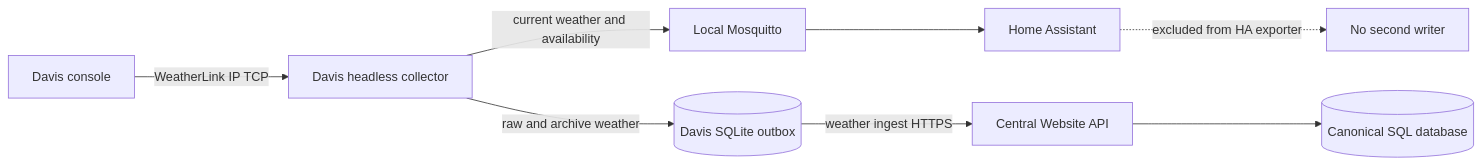
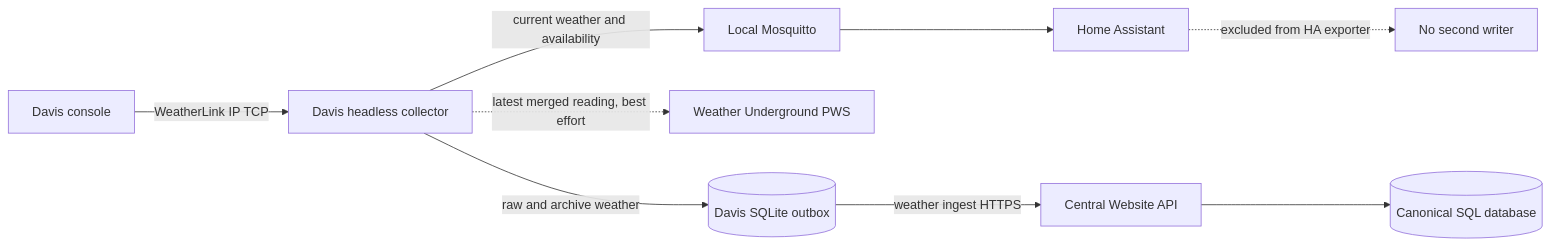
One commit to HualapaiValley/HVO.WebSite changed the second of 7 diagrams in docs/architecture/EDGE_DATA_FLOWS.md. Above: the diagram before and after it, drawn with Mermaid. The commit also changed other lines of this file and 33 other files, not shown here.

First line of the commit message:
feat(davis): publish Weather Underground rapid-fire updates (#373)

````diff
--- a/docs/architecture/EDGE_DATA_FLOWS.md
+++ b/docs/architecture/EDGE_DATA_FLOWS.md
@@ -51,10 +51,11 @@
 ```mermaid
 flowchart LR
     DAVIS[Davis console] -->|WeatherLink IP TCP| COL[Davis headless collector]
     COL -->|current weather and availability| MQTT[Local Mosquitto]
     MQTT --> HA[Home Assistant]
+    COL -. latest merged reading, best effort .-> WU[Weather Underground PWS]
     COL -->|raw and archive weather| OUT[(Davis SQLite outbox)]
     OUT -->|weather ingest HTTPS| API[Central Website API]
     API --> DB[(Canonical SQL database)]
     HA -. excluded from HA exporter .-> X[No second writer]
 ```
````
